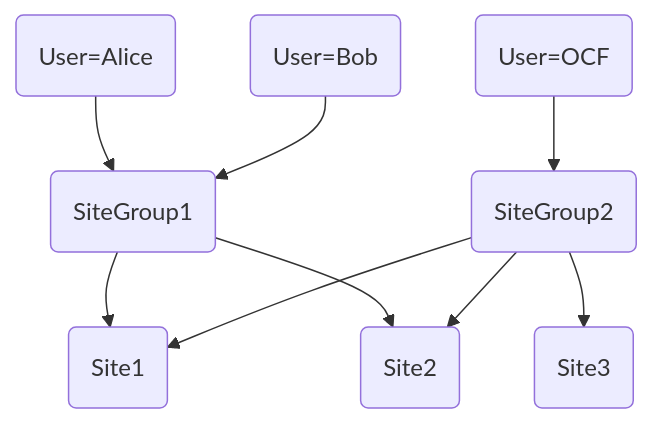
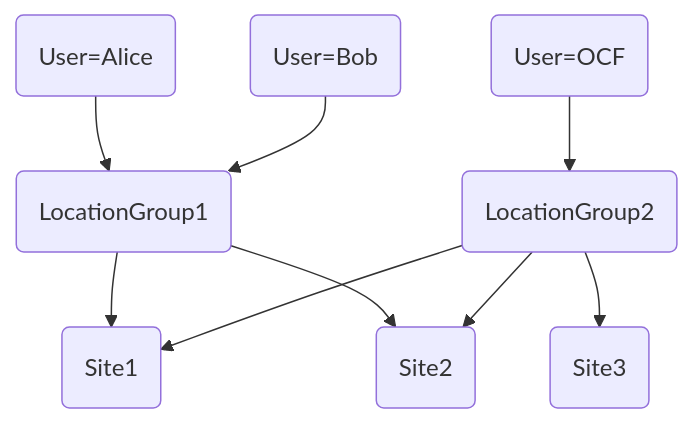
The seventh of 7 diagrams in README.md (openclimatefix/pv-site-datamodel), drawn with Mermaid before and after one commit. The commit also changed other lines of this file, not shown here.

````diff
--- a/README.md
+++ b/README.md
@@ -372,11 +387,11 @@
 ```mermaid
   graph TD;
-      A1(User=Alice)-->B(SiteGroup1);
-A2(User=Bob)-->B(SiteGroup1);
-A3(User=OCF)-->B2(SiteGroup2);
+      A1(User=Alice)-->B(LocationGroup1);
+A2(User=Bob)-->B(LocationGroup1);
+A3(User=OCF)-->B2(LocationGroup2);
       B --> C1(Site1);
 B --> C2(Site2);
       B2 --> C1(Site1);
 B2 --> C2(Site2);
 B2 --> C3(Site3);
 ```
````
